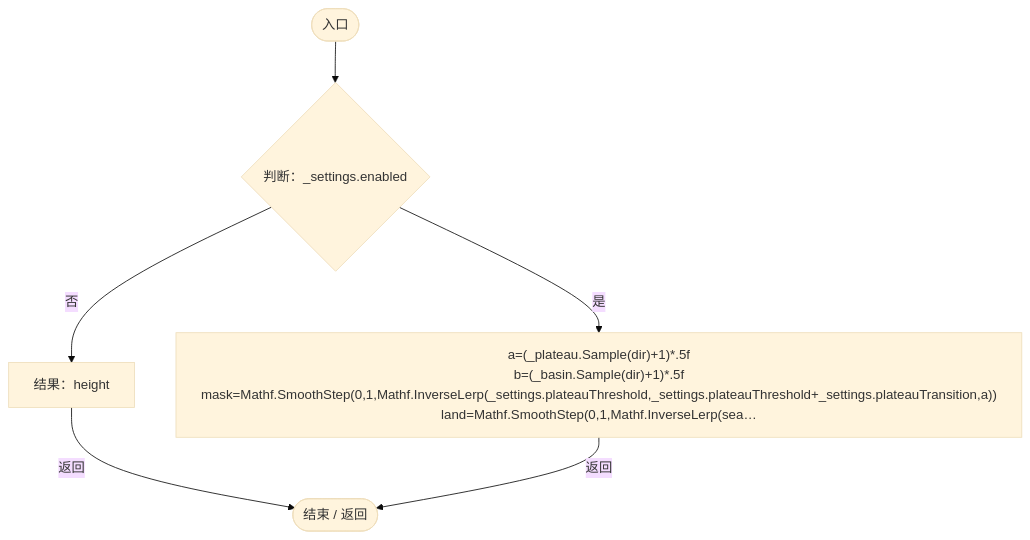
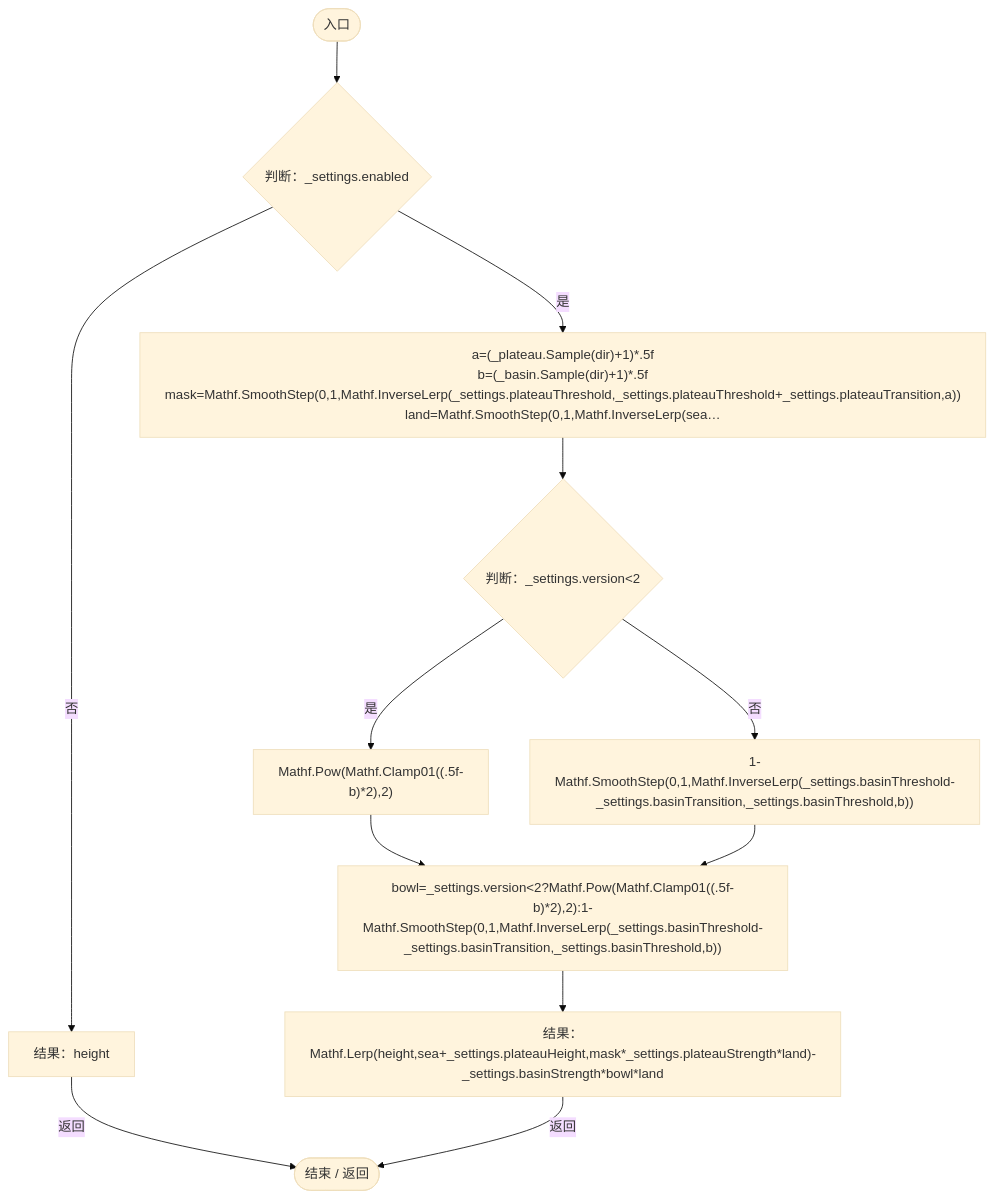
One commit to xhs6666/Darwin_paradise changed diagram 15 of 15 in Docs/运行流程图/脚本/282937bf06cb5f2a.md. Above: the diagram before and after it, drawn with Mermaid (base theme). The commit also changed other lines of this file and 150 other files, not shown here.

````diff
--- a/Docs/运行流程图/脚本/282937bf06cb5f2a.md
+++ b/Docs/运行流程图/脚本/282937bf06cb5f2a.md
@@ -616,14 +723,25 @@
 ```mermaid
 flowchart TD
   b0(["入口"])
   b1{"判断：_settings.enabled"}
   b2["结果：height"]
   b3["a=(_plateau.Sample(dir)+1)*.5f<br/>b=(_basin.Sample(dir)+1)*.5f<br/>mask=Mathf.SmoothStep(0,1,Mathf.InverseLerp(_settings.plateauThreshold,_settings.plateauThreshold+_settings.plateauTransition,a))<br/>land=Mathf.SmoothStep(0,1,Mathf.InverseLerp(sea…"]
-  b4(["结束 / 返回"])
+  b4{"判断：_settings.version&lt;2"}
+  b5["Mathf.Pow(Mathf.Clamp01((.5f-b)*2),2)"]
+  b6["1-Mathf.SmoothStep(0,1,Mathf.InverseLerp(_settings.basinThreshold-_settings.basinTransition,_settings.basinThreshold,b))"]
+  b7["bowl=_settings.version&lt;2?Mathf.Pow(Mathf.Clamp01((.5f-b)*2),2):1-Mathf.SmoothStep(0,1,Mathf.InverseLerp(_settings.basinThreshold-_settings.basinTransition,_settings.basinThreshold,b))"]
+  b8["结果：Mathf.Lerp(height,sea+_settings.plateauHeight,mask*_settings.plateauStrength*land)-_settings.basinStrength*bowl*land"]
+  b9(["结束 / 返回"])
   b0 --> b1
   b1 -->|"否"| b2
   b1 -->|"是"| b3
-  b2 -->|"返回"| b4
-  b3 -->|"返回"| b4
+  b2 -->|"返回"| b9
+  b3 --> b4
+  b4 -->|"是"| b5
+  b4 -->|"否"| b6
+  b5 --> b7
+  b6 --> b7
+  b7 --> b8
+  b8 -->|"返回"| b9
 
 ```
````
